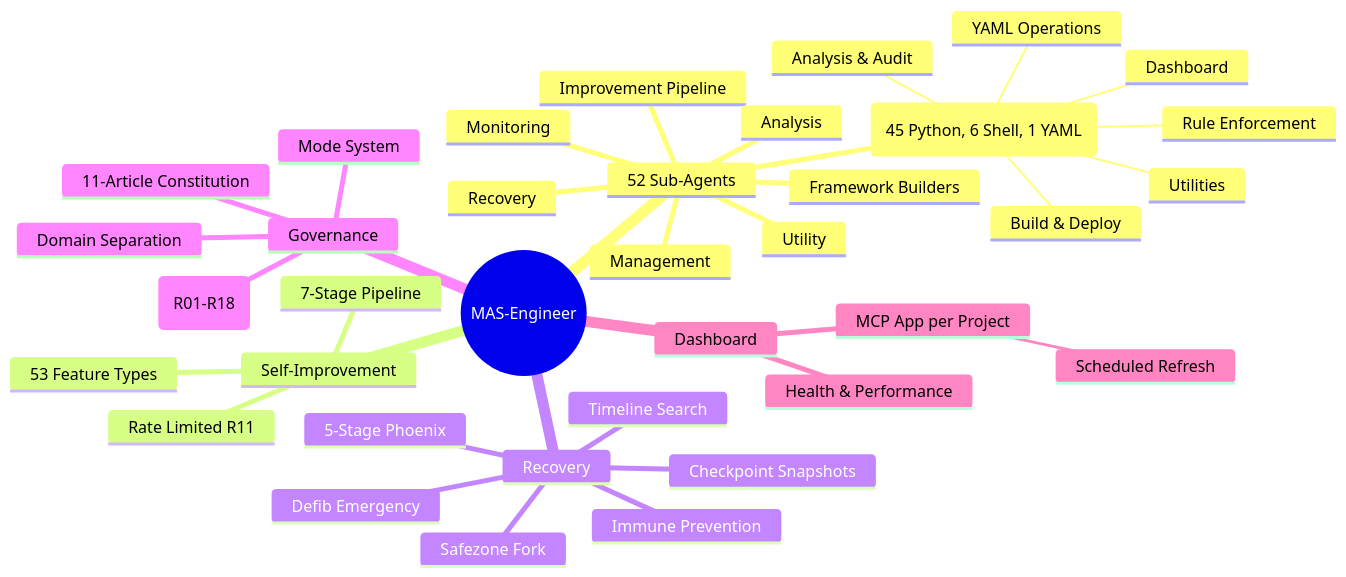
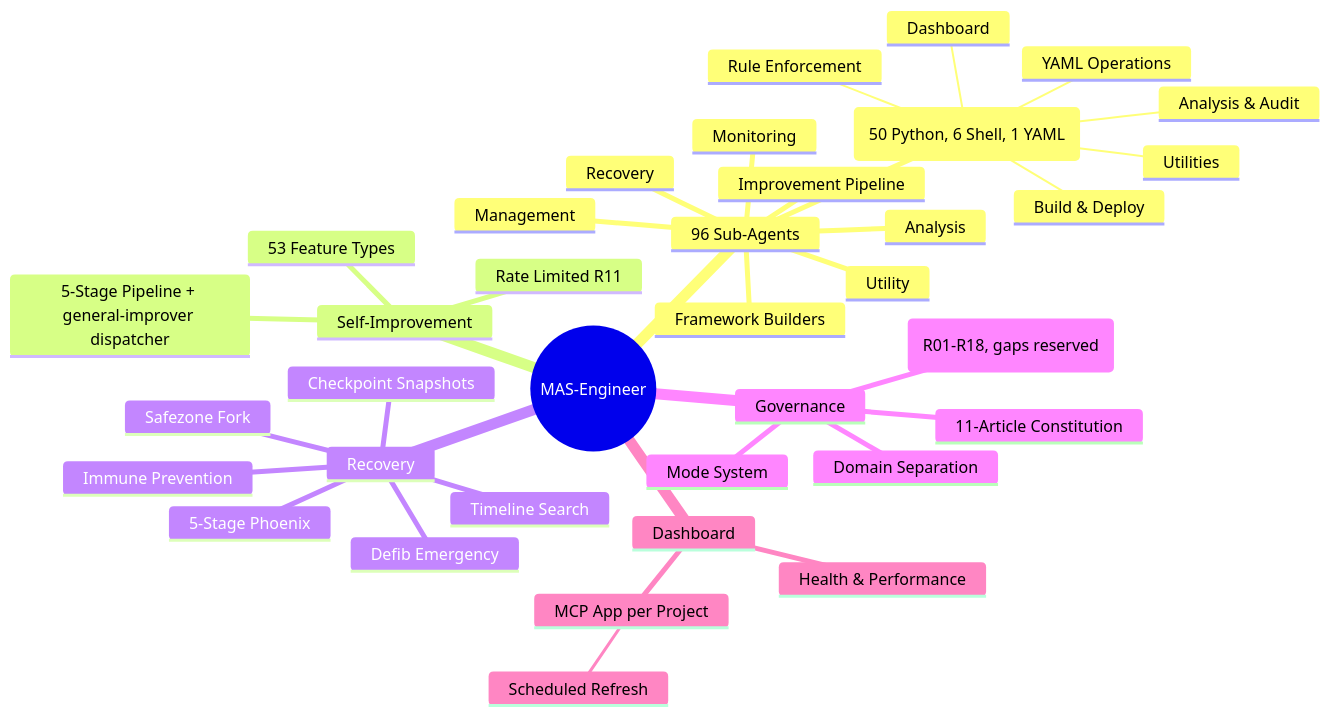
The sixth of 6 diagrams in README.md (mczardybon/mas-engineer), drawn with Mermaid before and after one commit. The commit also changed other lines of this file and 14 other files, not shown here.

````diff
--- a/README.md
+++ b/README.md
@@ -463,39 +483,39 @@
 ```mermaid
 mindmap
   root((MAS-Engineer))
-    52 Sub-Agents
+    96 Sub-Agents
       Framework Builders
       Improvement Pipeline
       Monitoring
       Recovery
       Analysis
       Utility
       Management
-     52 total (45 Python, 6 Shell, 1 YAML)
+     57 total (50 Python, 6 Shell, 1 YAML)
       Rule Enforcement
       YAML Operations
       Build & Deploy
       Analysis & Audit
       Dashboard
       Utilities
     Self-Improvement
-      7-Stage Pipeline
+      5-Stage Pipeline + general-improver dispatcher
       53 Feature Types
       Rate Limited R11
     Recovery
       5-Stage Phoenix
       Immune Prevention
       Checkpoint Snapshots
       Safezone Fork
       Timeline Search
       Defib Emergency
     Governance
-      11 Hard Rules (R01-R18)
+      10 Hard Rules (R01-R18, gaps reserved)
       11-Article Constitution
       Mode System
       Domain Separation
     Dashboard
       MCP App per Project
        Scheduled Refresh
       Health & Performance
 ```
````
